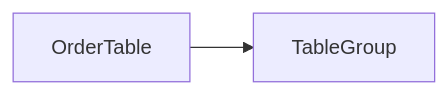
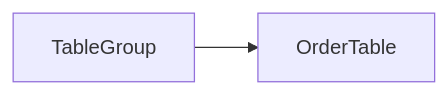
Diagram 14 of 14 in README.md (woowacourse/jwp-refactoring), drawn with Mermaid before and after one commit. The commit also changed other lines of this file, not shown here.

````diff
--- a/README.md
+++ b/README.md
@@ -163,4 +163,4 @@
   ```mermaid
   graph LR
-    OrderTable --> TableGroup
+    TableGroup --> OrderTable
   ```
````
